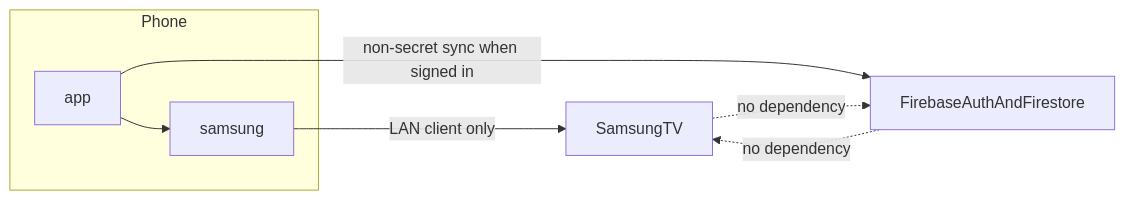
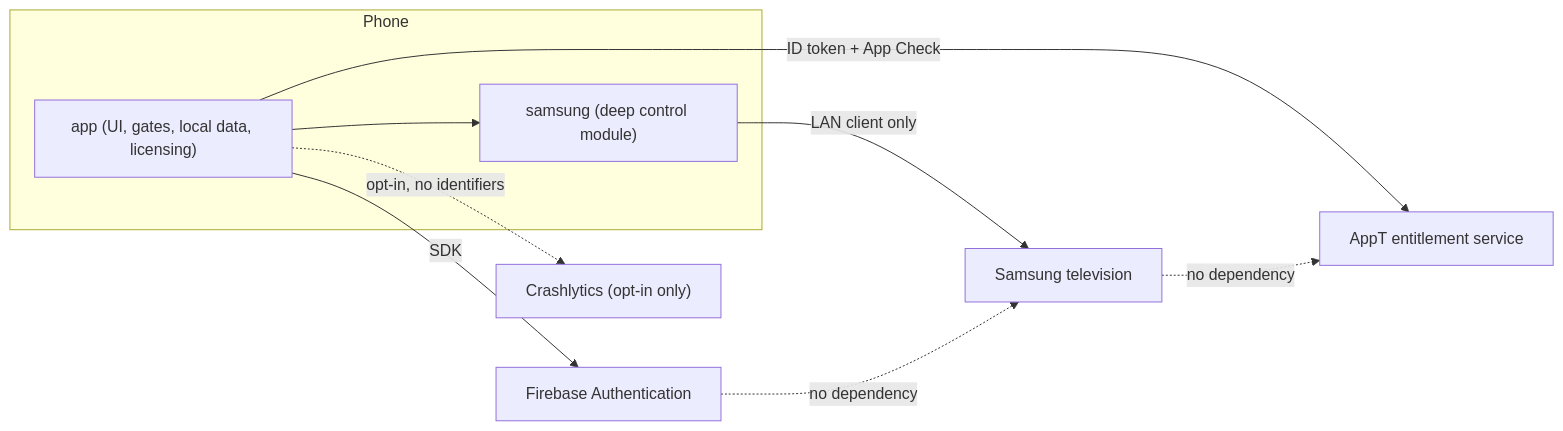
Before and after one commit to anthracite-labs/AppT: the first of 2 diagrams in docs/architecture/modules.md, drawn with Mermaid. The commit also changed other lines of this file and 21 other files, not shown here.

First line of the commit message:
Complete V1 architecture closure and rebuild the implementation slice map

````diff
--- a/docs/architecture/modules.md
+++ b/docs/architecture/modules.md
@@ -22,14 +22,18 @@
 ```mermaid
 flowchart LR
   subgraph phone [Phone]
-    appMod[app]
-    samsungMod[samsung]
+    appMod["app (UI, gates, local data, licensing)"]
+    samsungMod["samsung (deep control module)"]
     appMod --> samsungMod
   end
-  tv[SamsungTV]
-  cloud[FirebaseAuthAndFirestore]
-  samsungMod -->|LAN client only| tv
-  appMod -->|non-secret sync when signed in| cloud
-  tv -.->|no dependency| cloud
-  cloud -.->|no dependency| tv
+  tv["Samsung television"]
+  auth["Firebase Authentication"]
+  fn["AppT entitlement service"]
+  crash["Crashlytics (opt-in only)"]
+  samsungMod -->|"LAN client only"| tv
+  appMod -->|"ID token + App Check"| fn
+  appMod -->|"SDK"| auth
+  appMod -.->|"opt-in, no identifiers"| crash
+  tv -.->|"no dependency"| fn
+  auth -.->|"no dependency"| tv
 ```
````
